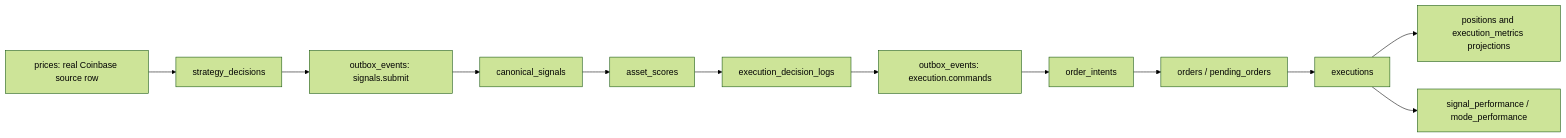
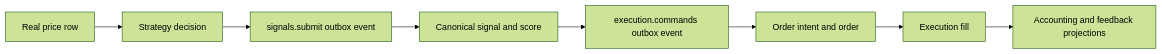
The diagram in docs/E2E_VERIFICATION_GUIDE.md (vynaptic/vynmatrix), drawn with Mermaid (forest theme) before and after one commit. The commit also changed other lines of this file and 28 other files, not shown here.

````diff
--- a/docs/E2E_VERIFICATION_GUIDE.md
+++ b/docs/E2E_VERIFICATION_GUIDE.md
@@ -493,14 +164,10 @@
-```mermaid
+~~~mermaid
 flowchart LR
-    P["prices: real Coinbase source row"] --> D["strategy_decisions"]
-    D --> SO["outbox_events: signals.submit"]
-    SO --> S["canonical_signals"]
-    S --> AS["asset_scores"]
-    AS --> DL["execution_decision_logs"]
-    DL --> EO["outbox_events: execution.commands"]
-    EO --> I["order_intents"]
-    I --> O["orders / pending_orders"]
-    O --> E["executions"]
-    E --> POS["positions and execution_metrics projections"]
-    E --> F["signal_performance / mode_performance"]
-```
+    P[Real price row] --> D[Strategy decision]
+    D --> SO[signals.submit outbox event]
+    SO --> S[Canonical signal and score]
+    S --> EO[execution.commands outbox event]
+    EO --> I[Order intent and order]
+    I --> E[Execution fill]
+    E --> A[Accounting and feedback projections]
+~~~
````
